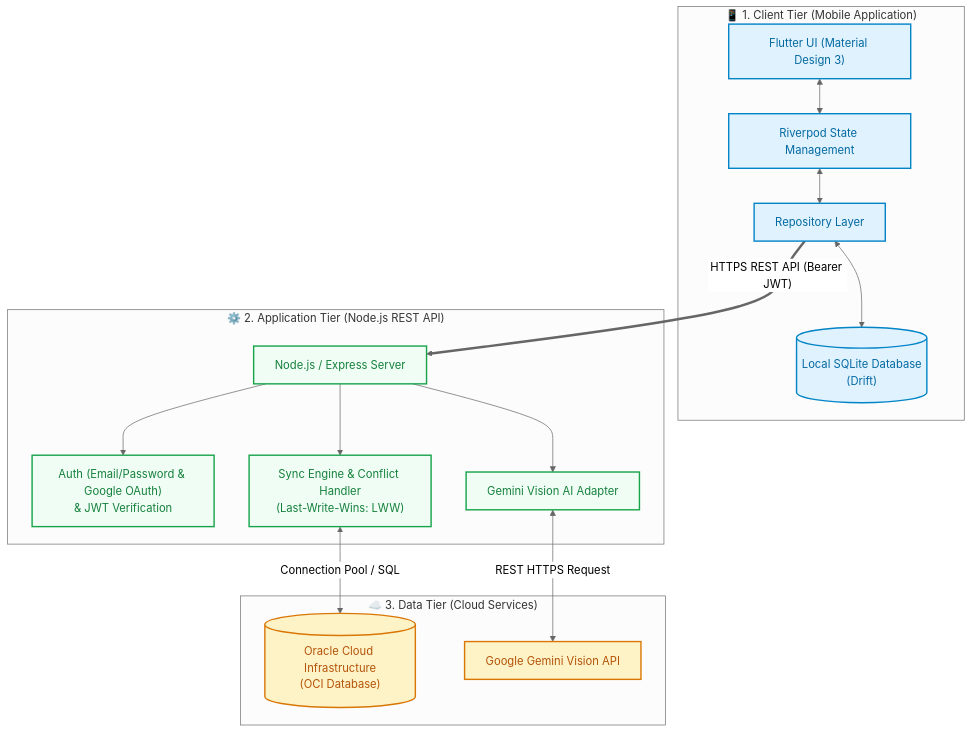
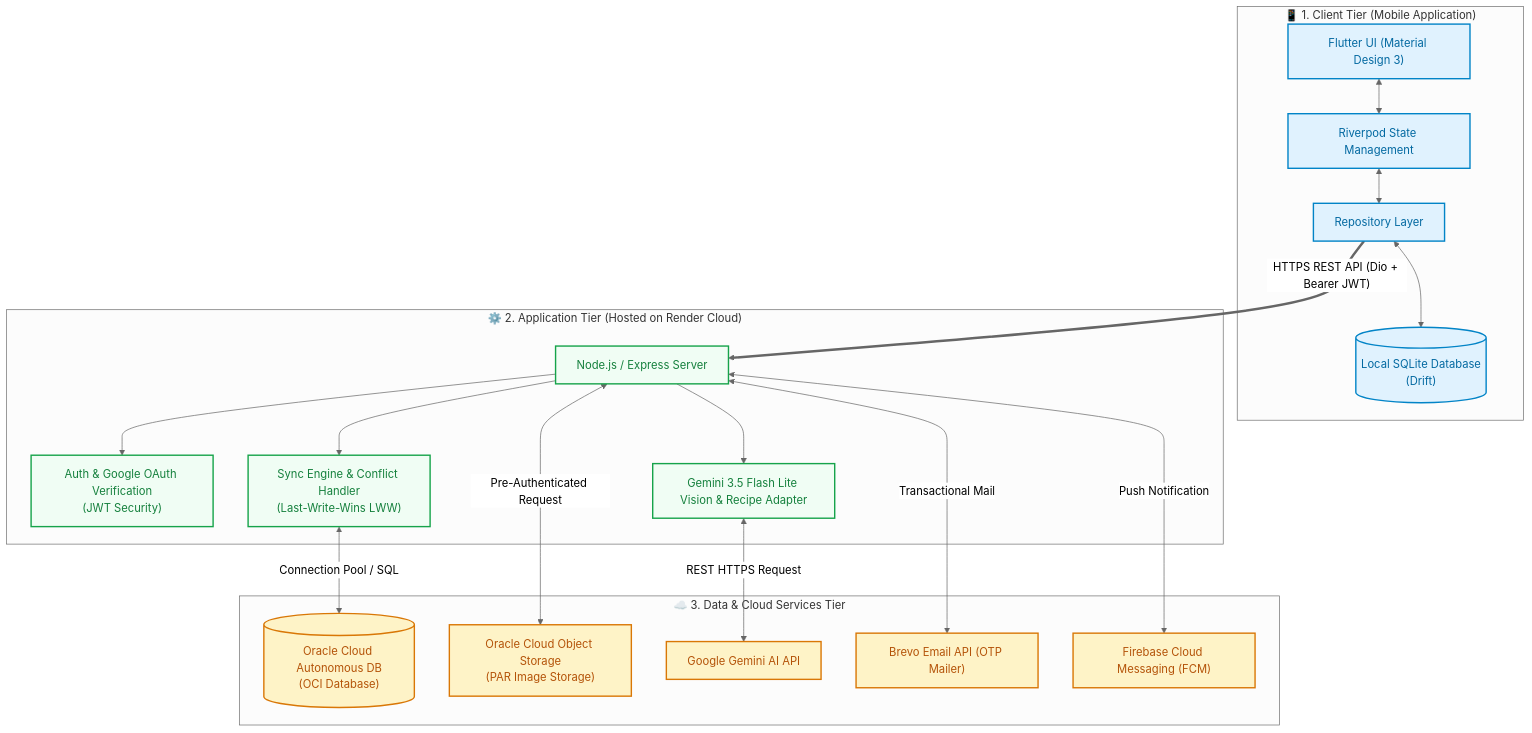
One commit to Tanabordi/FM-EAA changed the first of 5 diagrams in README.md. Above: the diagram before and after it, drawn with Mermaid (neutral theme). The commit also changed other lines of this file and 225 other files, not shown here.

````diff
--- a/README.md
+++ b/README.md
@@ -140,42 +154,48 @@
 ```mermaid
 flowchart TD
     subgraph ClientTier ["📱 1. Client Tier (Mobile Application)"]
         UI["Flutter UI (Material Design 3)"]
         Riverpod["Riverpod State Management"]
         Repo["Repository Layer"]
         LocalDB[("Local SQLite Database<br/>(Drift)")]
 
         UI <--> Riverpod
         Riverpod <--> Repo
         Repo <--> LocalDB
     end
 
-    subgraph BackendTier ["⚙️ 2. Application Tier (Node.js REST API)"]
+    subgraph BackendTier ["⚙️ 2. Application Tier (Hosted on Render Cloud)"]
         API["Node.js / Express Server"]
-        AuthModule["Auth (Email/Password & Google OAuth)<br/>& JWT Verification"]
-        SyncEngine["Sync Engine & Conflict Handler<br/>(Last-Write-Wins: LWW)"]
-        GeminiAdapter["Gemini Vision AI Adapter"]
+        AuthModule["Auth & Google OAuth Verification<br/>(JWT Security)"]
+        SyncEngine["Sync Engine & Conflict Handler<br/>(Last-Write-Wins LWW)"]
+        GeminiAdapter["Gemini 3.5 Flash Lite Vision & Recipe Adapter"]
 
         API --> AuthModule
         API --> SyncEngine
         API --> GeminiAdapter
     end
 
-    subgraph CloudTier ["☁️ 3. Data Tier (Cloud Services)"]
-        OracleDB[("Oracle Cloud Infrastructure<br/>(OCI Database)")]
-        GeminiCloud["Google Gemini Vision API"]
+    subgraph CloudTier ["☁️ 3. Data & Cloud Services Tier"]
+        OracleDB[("Oracle Cloud Autonomous DB<br/>(OCI Database)")]
+        OCIStorage["Oracle Cloud Object Storage<br/>(PAR Image Storage)"]
+        GeminiCloud["Google Gemini AI API"]
+        BrevoEmail["Brevo Email API (OTP Mailer)"]
+        FirebaseCloud["Firebase Cloud Messaging (FCM)"]
 
         SyncEngine <-->|"Connection Pool / SQL"| OracleDB
+        API <-->|"Pre-Authenticated Request"| OCIStorage
         GeminiAdapter <-->|"REST HTTPS Request"| GeminiCloud
+        API <-->|"Transactional Mail"| BrevoEmail
+        API <-->|"Push Notification"| FirebaseCloud
     end
 
-    Repo ==>|"HTTPS REST API (Bearer JWT)"| API
+    Repo ==>|"HTTPS REST API (Dio + Bearer JWT)"| API
 
     classDef clientStyle fill:#e0f2fe,stroke:#0284c7,stroke-width:2px,color:#0369a1;
     classDef backendStyle fill:#f0fdf4,stroke:#16a34a,stroke-width:2px,color:#15803d;
     classDef cloudStyle fill:#fef3c7,stroke:#d97706,stroke-width:2px,color:#b45309;
 
     class UI,Riverpod,Repo,LocalDB clientStyle;
     class API,AuthModule,SyncEngine,GeminiAdapter backendStyle;
-    class OracleDB,GeminiCloud cloudStyle;
+    class OracleDB,OCIStorage,GeminiCloud,BrevoEmail,FirebaseCloud cloudStyle;
 ```
````
